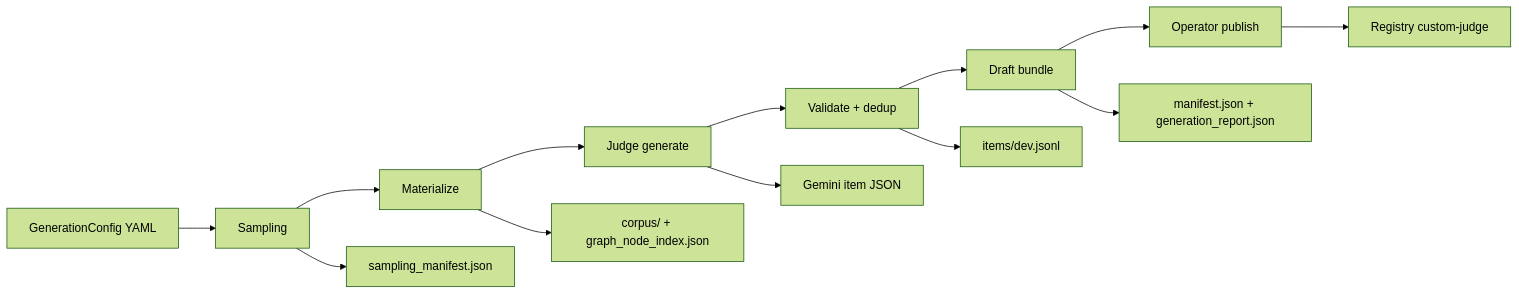
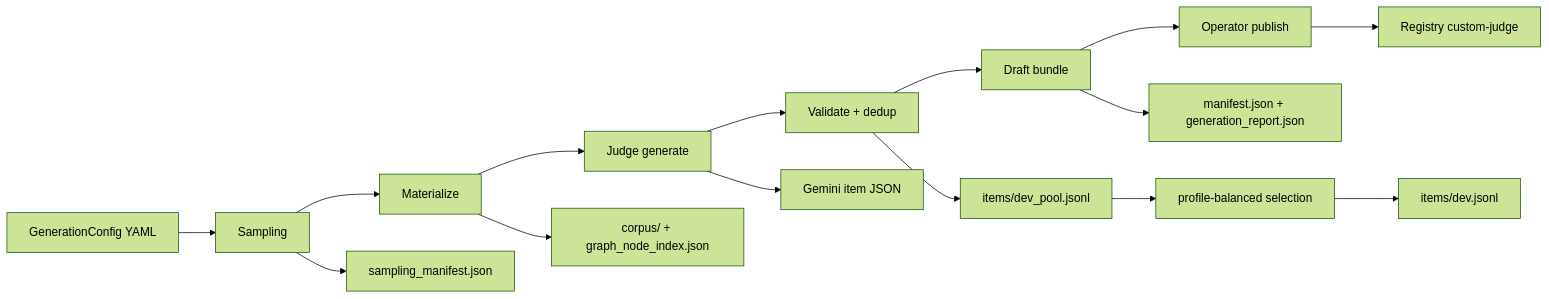
Before and after one commit to caldeirav/agentic-graphrag-finance: the diagram in docs/custom-judge-dataset-generation.md, drawn with Mermaid (forest theme). The commit also changed other lines of this file and 11 other files, not shown here.

````diff
--- a/docs/custom-judge-dataset-generation.md
+++ b/docs/custom-judge-dataset-generation.md
@@ -53,16 +53,18 @@
 ```mermaid
 flowchart LR
   A[GenerationConfig YAML] --> B[Sampling]
   B --> C[Materialize]
   C --> D[Judge generate]
   D --> E[Validate + dedup]
   E --> F[Draft bundle]
   F --> G[Operator publish]
   G --> H[Registry custom-judge]
 
   B --> B1[sampling_manifest.json]
   C --> C1[corpus/ + graph_node_index.json]
   D --> D1[Gemini item JSON]
-  E --> E1[items/dev.jsonl]
+  E --> E1[items/dev_pool.jsonl]
+  E1 --> E2[profile-balanced selection]
+  E2 --> E3[items/dev.jsonl]
   F --> F1[manifest.json + generation_report.json]
 ```
````
